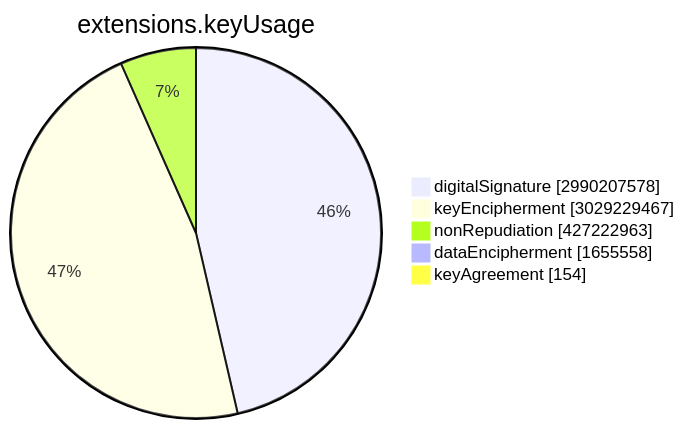
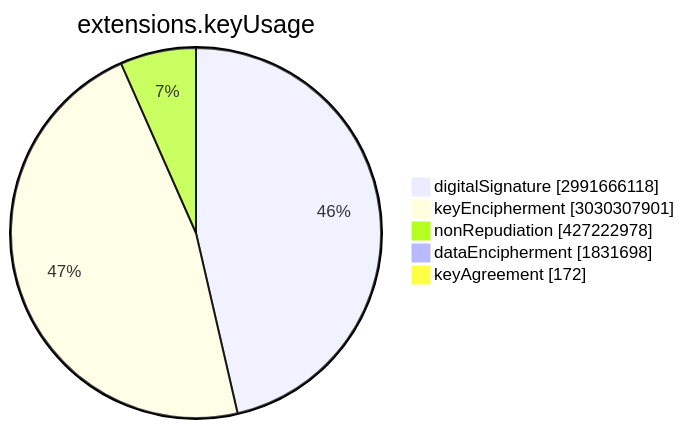
The sixth of 15 diagrams in TOTAL/README.md (christiankrug/ctmonitor_visualization), drawn with Mermaid before and after one commit. The commit also changed other lines of this file, not shown here.

````diff
--- a/TOTAL/README.md
+++ b/TOTAL/README.md
@@ -3071,9 +3071,9 @@
 ```mermaid
 pie showData
 title extensions.keyUsage
-"digitalSignature" :2990207578
-"keyEncipherment" :3029229467
-"nonRepudiation" :427222963
-"dataEncipherment" :1655558
-"keyAgreement" :154
+"digitalSignature" :2991666118
+"keyEncipherment" :3030307901
+"nonRepudiation" :427222978
+"dataEncipherment" :1831698
+"keyAgreement" :172
 ```
````
